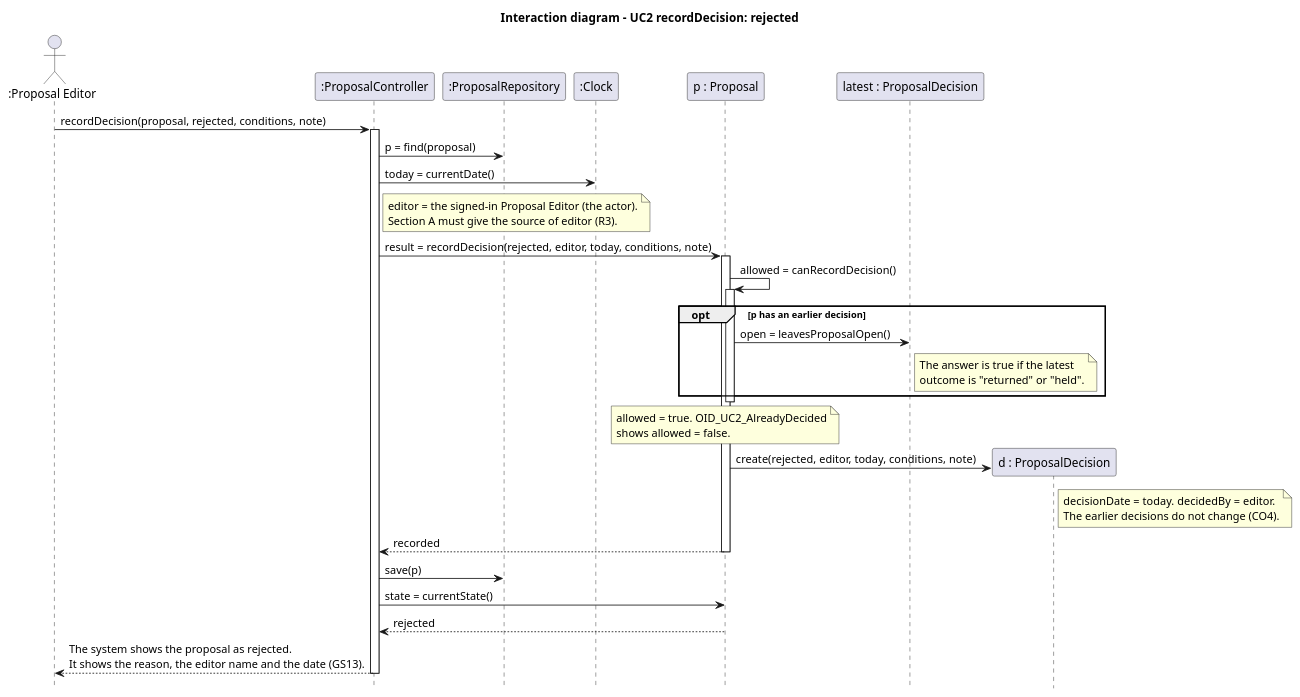
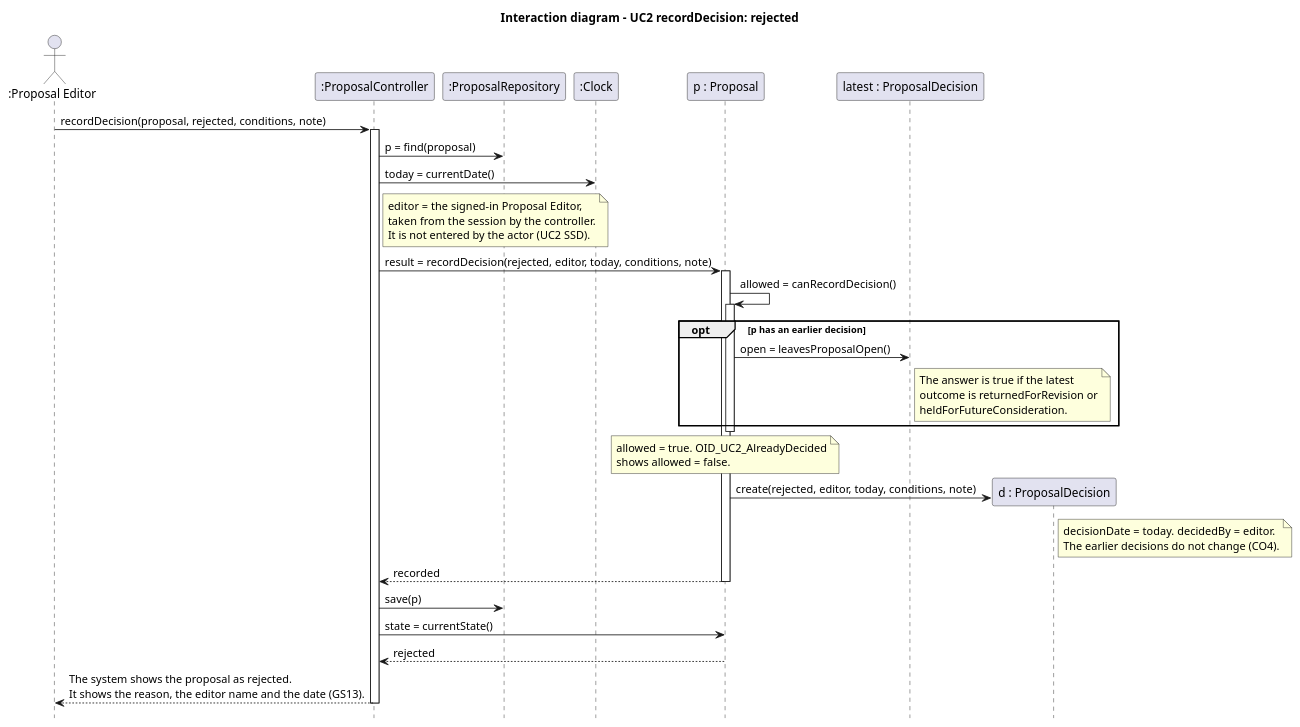
The diagram in CA 2/Diagrams/Object_Interaction_Diagrams/OID_UC2_Rejected.puml (Rani-Wheeza/Local-Podcast-Production-Service), drawn with PlantUML before and after one commit. The commit also changed 5 other files, not shown here.

```diff
--- a/CA 2/Diagrams/Object_Interaction_Diagrams/OID_UC2_Rejected.puml
+++ b/CA 2/Diagrams/Object_Interaction_Diagrams/OID_UC2_Rejected.puml
@@ -1,46 +1,47 @@
 @startuml OID_UC2_Rejected
 title Interaction diagram - UC2 recordDecision: rejected
 hide footbox
 
 ' Section A, UC2 alternatives (Arno). This diagram agrees with CO4, the Section A CRC cards (#28) and GRASP (#32).
 ' Language of notes and messages: ASD-STE100 Simplified Technical English.
 ' Scenario: GS13 Proposal editor rejects a proposal
 actor ":Proposal Editor" as PE
 participant ":ProposalController" as PCtl
 participant ":ProposalRepository" as Repo
 participant ":Clock" as Clk
 participant "p : Proposal" as P
 participant "latest : ProposalDecision" as L
 participant "d : ProposalDecision" as D
 
 PE -> PCtl : recordDecision(proposal, rejected, conditions, note)
 activate PCtl
 PCtl -> Repo : p = find(proposal)
 PCtl -> Clk : today = currentDate()
 note right of PCtl
-  editor = the signed-in Proposal Editor (the actor).
-  Section A must give the source of editor (R3).
+  editor = the signed-in Proposal Editor,
+  taken from the session by the controller.
+  It is not entered by the actor (UC2 SSD).
 end note
 PCtl -> P : result = recordDecision(rejected, editor, today, conditions, note)
 activate P
 P -> P : allowed = canRecordDecision()
 activate P
 opt p has an earlier decision
   P -> L : open = leavesProposalOpen()
-  note right of L : The answer is true if the latest\noutcome is "returned" or "held".
+  note right of L : The answer is true if the latest\noutcome is returnedForRevision or\nheldForFutureConsideration.
 end
 deactivate P
 note over P : allowed = true. OID_UC2_AlreadyDecided\nshows allowed = false.
 P -> D ** : create(rejected, editor, today, conditions, note)
 note right of D
   decisionDate = today. decidedBy = editor.
   The earlier decisions do not change (CO4).
 end note
 P --> PCtl : recorded
 deactivate P
 PCtl -> Repo : save(p)
 PCtl -> P : state = currentState()
 P --> PCtl : rejected
 PCtl --> PE : The system shows the proposal as rejected.\nIt shows the reason, the editor name and the date (GS13).
 deactivate PCtl
 @enduml
```
